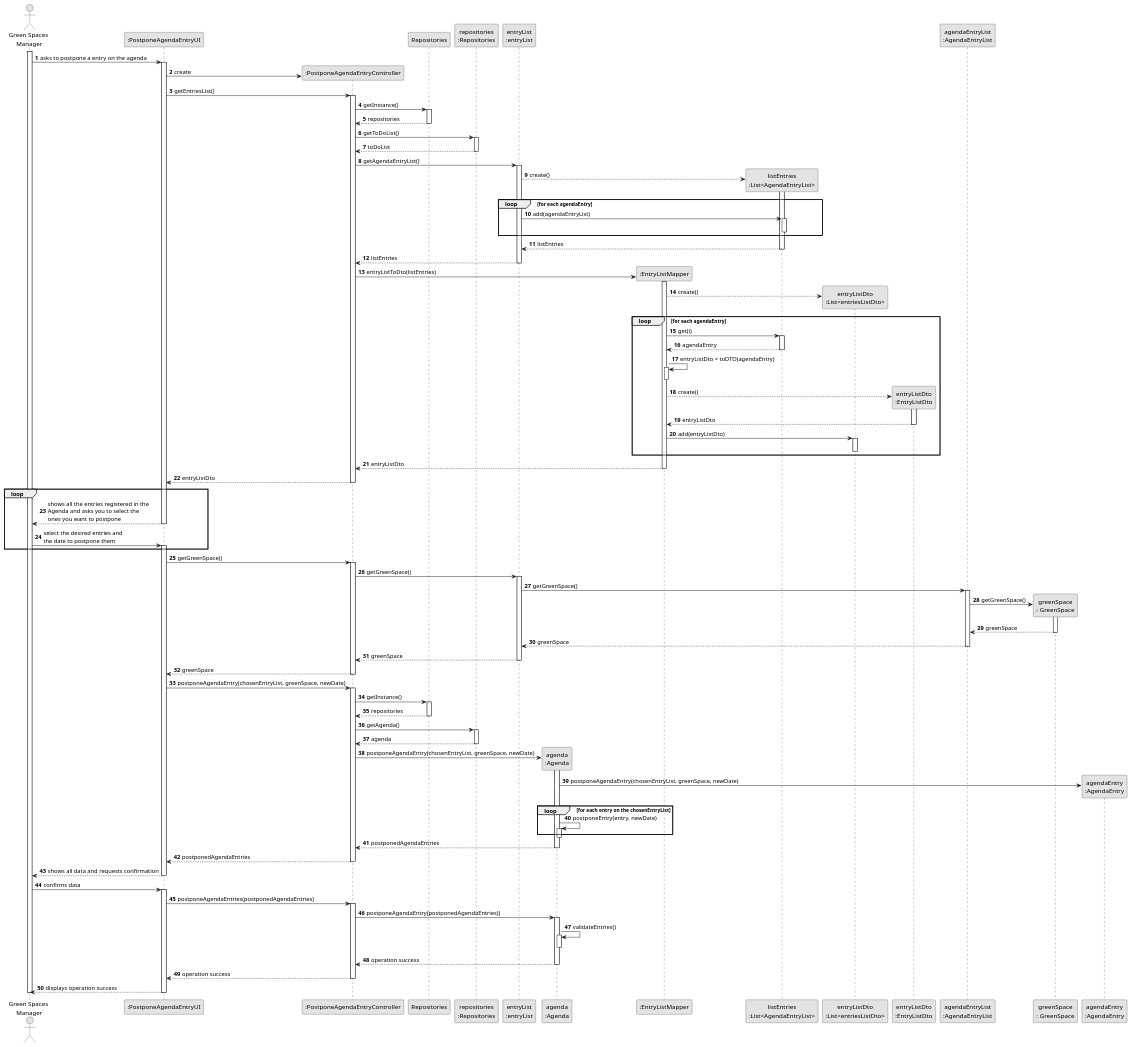
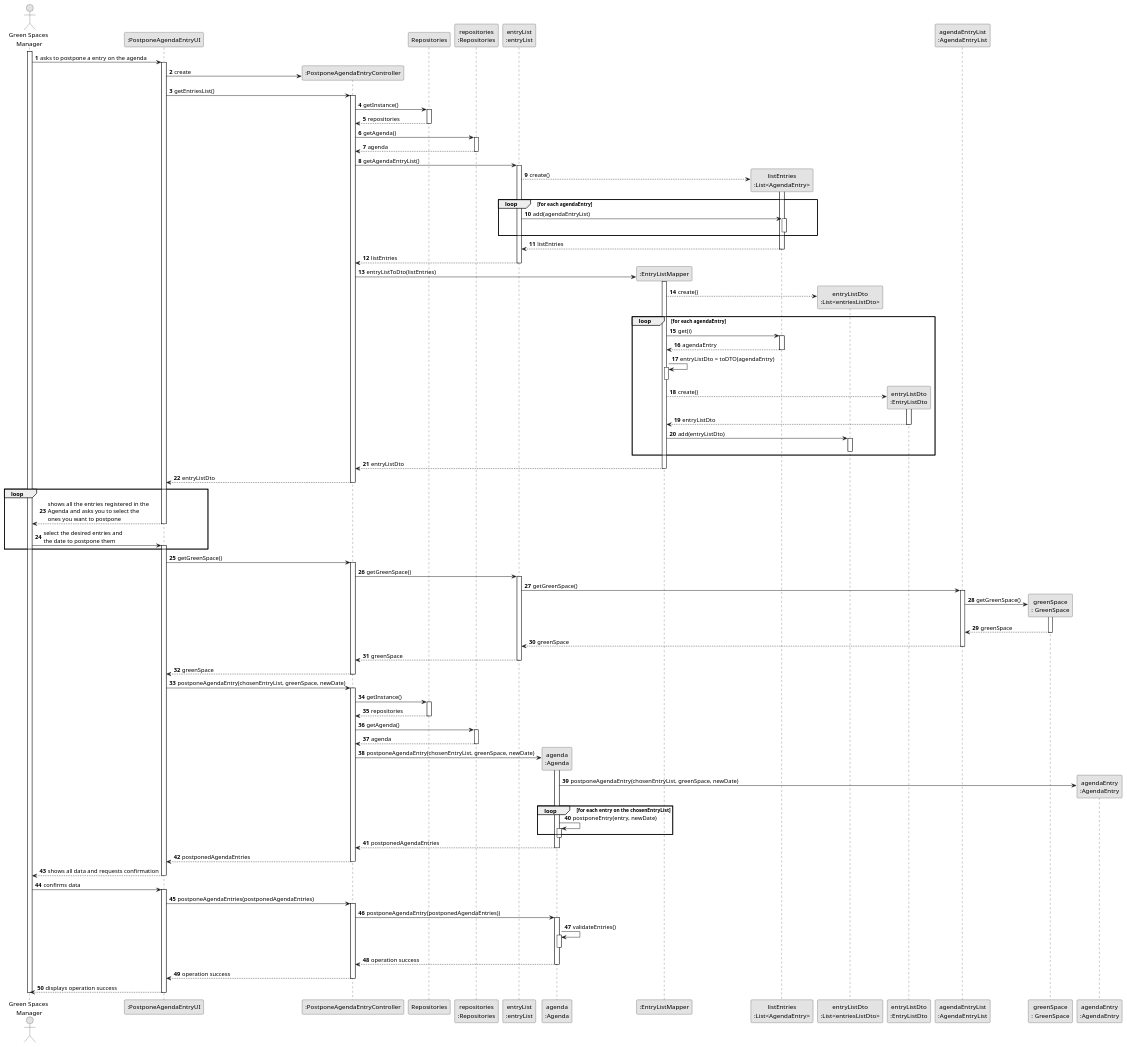
One commit to diogoveirospro/lei-24-s2-1dg-g072 changed the diagram in docs/sprintC/us024/03.design/puml/us024-sequence-diagram-full.puml. Above: the diagram before and after it, drawn with PlantUML. The commit also changed 14 other files, not shown here.

```diff
--- a/docs/sprintC/us024/03.design/puml/us024-sequence-diagram-full.puml
+++ b/docs/sprintC/us024/03.design/puml/us024-sequence-diagram-full.puml
@@ -1,190 +1,190 @@
 @startuml
 skinparam monochrome true
 skinparam packageStyle rectangle
 skinparam shadowing false
 
 autonumber
 
 'hide footbox
 actor "Green Spaces\n Manager" as GSM
 participant ":PostponeAgendaEntryUI" as UI
 participant ":PostponeAgendaEntryController" as CTRL
 participant Repositories
 participant "repositories\n:Repositories" as REP
 participant "entryList\n:entryList" as ENTRYLIST
 participant "agenda\n:Agenda" as AGENDA
 participant ":EntryListMapper" as ENTRYLISTMAPPER
-participant "listEntries\n:List<AgendaEntryList>" as LISTENTRIES
+participant "listEntries\n:List<AgendaEntry>" as LISTENTRIES
 participant "entryListDto\n:List<entriesListDto>" as TODOLISTDTO
 participant "entryListDto\n:EntryListDto" as ENTRYLISTDTO
 participant "agendaEntryList\n:AgendaEntryList" as AGENDAENTRYLIST
 participant "greenSpace\n: GreenSpace" as GREENSPACE
 participant "agendaEntry\n:AgendaEntry" as AGENDAENTRY
 
 activate GSM
 
     GSM -> UI : asks to postpone a entry on the agenda
     activate UI
 
         UI -> CTRL** : create
 
         UI -> CTRL : getEntriesList()
         activate CTRL
 
            CTRL -> Repositories: getInstance()
            activate Repositories
 
                 Repositories --> CTRL: repositories
            deactivate Repositories
 
-           CTRL -> REP: getToDoList()
+           CTRL -> REP: getAgenda()
            activate REP
 
-                REP --> CTRL: toDoList
+                REP --> CTRL: agenda
            deactivate REP
 
             CTRL -> ENTRYLIST : getAgendaEntryList()
             activate ENTRYLIST
 
                     ENTRYLIST --> LISTENTRIES** : create()
                     activate LISTENTRIES
 
                         loop for each agendaEntry
                             ENTRYLIST -> LISTENTRIES : add(agendaEntryList)
                             activate LISTENTRIES
                             deactivate LISTENTRIES
                         end
 
                         LISTENTRIES --> ENTRYLIST : listEntries
                     deactivate LISTENTRIES
 
 
                 ENTRYLIST --> CTRL : listEntries
             deactivate ENTRYLIST
 
             CTRL -> ENTRYLISTMAPPER** : entryListToDto(listEntries)
             activate ENTRYLISTMAPPER
 
                 ENTRYLISTMAPPER --> TODOLISTDTO** : create()
 
                 loop for each agendaEntry
                     ENTRYLISTMAPPER -> LISTENTRIES : get(i)
                     activate LISTENTRIES
 
                     LISTENTRIES --> ENTRYLISTMAPPER : agendaEntry
                     deactivate LISTENTRIES
 
                     ENTRYLISTMAPPER -> ENTRYLISTMAPPER : entryListDto = toDTO(agendaEntry)
                     activate ENTRYLISTMAPPER
                     deactivate ENTRYLISTMAPPER
 
                     ENTRYLISTMAPPER --> ENTRYLISTDTO** : create()
                     activate ENTRYLISTDTO
 
                     ENTRYLISTDTO --> ENTRYLISTMAPPER : entryListDto
                     deactivate ENTRYLISTDTO
 
                     ENTRYLISTMAPPER -> TODOLISTDTO : add(entryListDto)
                     activate TODOLISTDTO
                     deactivate TODOLISTDTO
 
                 end
 
                 ENTRYLISTMAPPER --> CTRL : entryListDto
             deactivate ENTRYLISTMAPPER
 
             CTRL --> UI : entryListDto
         deactivate CTRL
         loop
         UI --> GSM: shows all the entries registered in the \nAgenda and asks you to select the \nones you want to postpone
     deactivate UI
 
     GSM -> UI: select the desired entries and \nthe date to postpone them
     activate UI
         end
 
         UI -> CTRL : getGreenSpace()
         activate CTRL
 
             CTRL -> ENTRYLIST : getGreenSpace()
             activate ENTRYLIST
 
                 ENTRYLIST -> AGENDAENTRYLIST : getGreenSpace()
                 activate AGENDAENTRYLIST
 
                     AGENDAENTRYLIST -> GREENSPACE** : getGreenSpace()
                     activate GREENSPACE
 
                         GREENSPACE --> AGENDAENTRYLIST : greenSpace
                     deactivate GREENSPACE
 
                     AGENDAENTRYLIST --> ENTRYLIST : greenSpace
                 deactivate AGENDAENTRYLIST
 
                 ENTRYLIST --> CTRL : greenSpace
             deactivate ENTRYLIST
 
             CTRL --> UI : greenSpace
         deactivate CTRL
 
         UI -> CTRL : postponeAgendaEntry(chosenEntryList, greenSpace, newDate)
         activate CTRL
 
             CTRL -> Repositories: getInstance()
             activate Repositories
 
                 Repositories --> CTRL: repositories
             deactivate Repositories
 
             CTRL -> REP: getAgenda()
             activate REP
 
                 REP --> CTRL: agenda
             deactivate REP
 
             CTRL -> AGENDA** : postponeAgendaEntry(chosenEntryList, greenSpace, newDate)
             activate AGENDA
 
                 AGENDA -> AGENDAENTRY** : postponeAgendaEntry(chosenEntryList, greenSpace, newDate)
                 loop for each entry on the chosenEntryList
                 AGENDA -> AGENDA : postponeEntry(entry, newDate)
                 activate AGENDA
                 end
                 deactivate AGENDA
                 deactivate AGENDAENTRY
 
                 AGENDA --> CTRL : postponedAgendaEntries
                 deactivate AGENDA
 
             CTRL --> UI : postponedAgendaEntries
             deactivate CTRL
 
         UI --> GSM: shows all data and requests confirmation
     deactivate UI
 
     GSM -> UI: confirms data
     activate UI
 
         UI -> CTRL : postponeAgendaEntries(postponedAgendaEntries)
         activate CTRL
 
             CTRL -> AGENDA : postponeAgendaEntry(postponedAgendaEntries))
             activate AGENDA
 
             AGENDA -> AGENDA : validateEntries()
             activate AGENDA
 
             deactivate AGENDA
 
             AGENDA --> CTRL : operation success
             deactivate AGENDA
 
             CTRL --> UI : operation success
         deactivate CTRL
 
         UI --> GSM: displays operation success
     deactivate UI
 
 deactivate GSM
 
 @enduml
```
